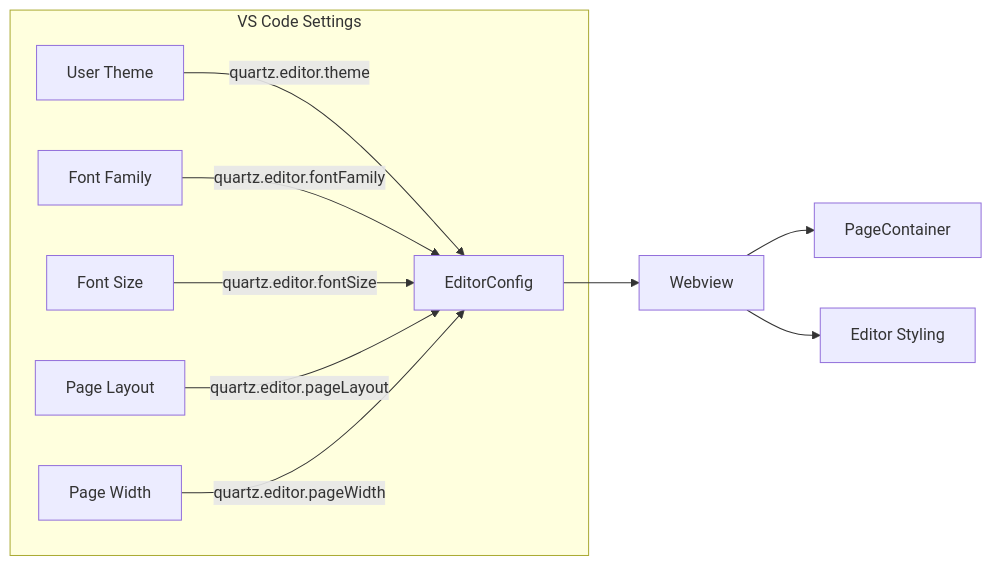
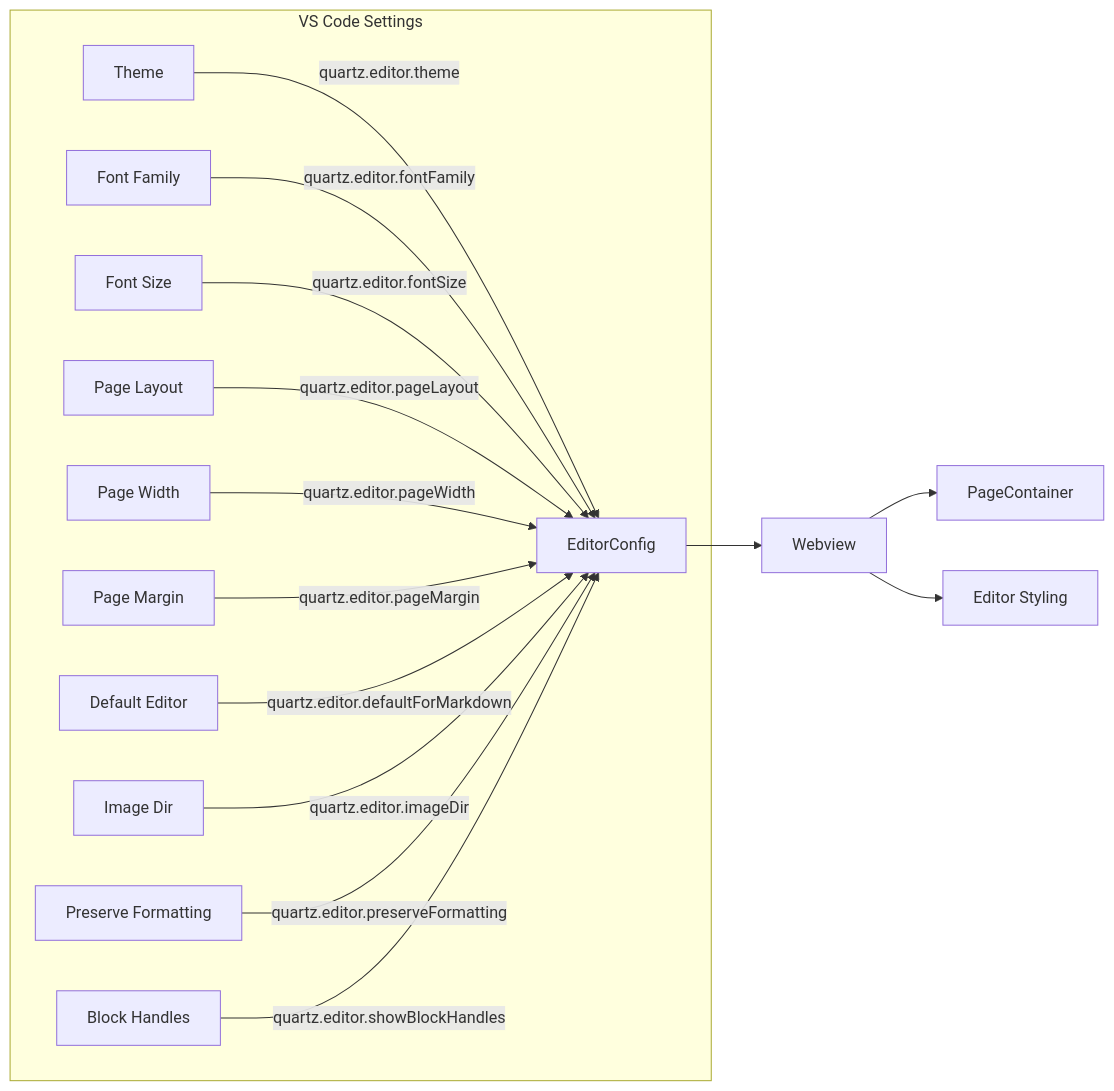
Before and after one commit to Mathuran/quartz: the eighth of 9 diagrams in projectManager/design-docs/quartz-system-architecture.md, drawn with Mermaid. The commit also changed other lines of this file and 25 other files, not shown here.

````diff
--- a/projectManager/design-docs/quartz-system-architecture.md
+++ b/projectManager/design-docs/quartz-system-architecture.md
@@ -314,14 +351,19 @@
 ```mermaid
 graph LR
     subgraph "VS Code Settings"
-        UT[User Theme] --> |quartz.editor.theme| CONFIG
+        UT[Theme] --> |quartz.editor.theme| CONFIG
         UF[Font Family] --> |quartz.editor.fontFamily| CONFIG
         US[Font Size] --> |quartz.editor.fontSize| CONFIG
         UP[Page Layout] --> |quartz.editor.pageLayout| CONFIG
         UW[Page Width] --> |quartz.editor.pageWidth| CONFIG
+        UM[Page Margin] --> |quartz.editor.pageMargin| CONFIG
+        UD[Default Editor] --> |quartz.editor.defaultForMarkdown| CONFIG
+        UI[Image Dir] --> |quartz.editor.imageDir| CONFIG
+        UPF[Preserve Formatting] --> |quartz.editor.preserveFormatting| CONFIG
+        UBH[Block Handles] --> |quartz.editor.showBlockHandles| CONFIG
     end
 
     CONFIG[EditorConfig] --> WEBVIEW[Webview]
     WEBVIEW --> PC[PageContainer]
     WEBVIEW --> ED[Editor Styling]
 ```
````
